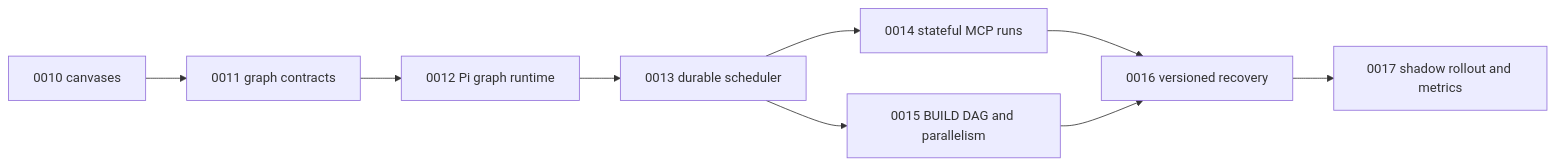
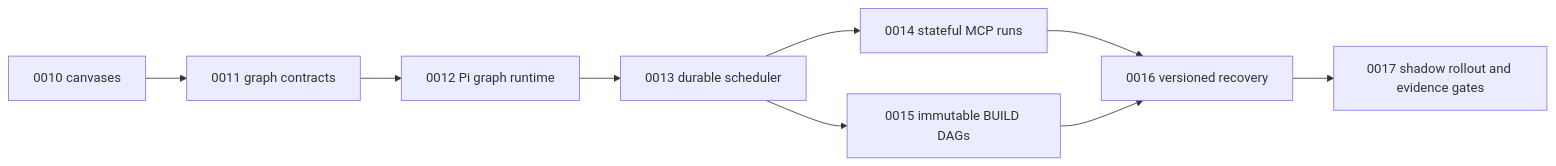
The third of 4 diagrams in docs/graph-architecture.md (nguyen-ta-cuong/ai-orchestrator), drawn with Mermaid before and after one commit. The commit also changed other lines of this file and 8 other files, not shown here.

````diff
--- a/docs/graph-architecture.md
+++ b/docs/graph-architecture.md
@@ -86,9 +126,10 @@
 ```mermaid
 flowchart LR
-    P10["0010 canvases"] --> P11["0011 graph contracts"] --> P12["0012 Pi graph runtime"] --> P13["0013 durable scheduler"]
+    P10["0010 canvases"] --> P11["0011 graph contracts"] --> P12["0012 Pi graph runtime"]
+    P12 --> P13["0013 durable scheduler"]
     P13 --> P14["0014 stateful MCP runs"]
-    P13 --> P15["0015 BUILD DAG and parallelism"]
+    P13 --> P15["0015 immutable BUILD DAGs"]
     P14 --> P16["0016 versioned recovery"]
     P15 --> P16
-    P16 --> P17["0017 shadow rollout and metrics"]
+    P16 --> P17["0017 shadow rollout and evidence gates"]
 ```
````
